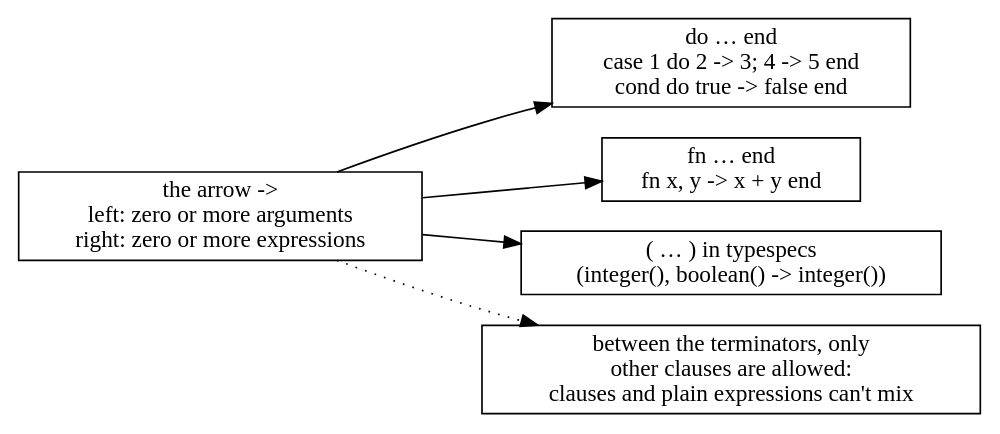
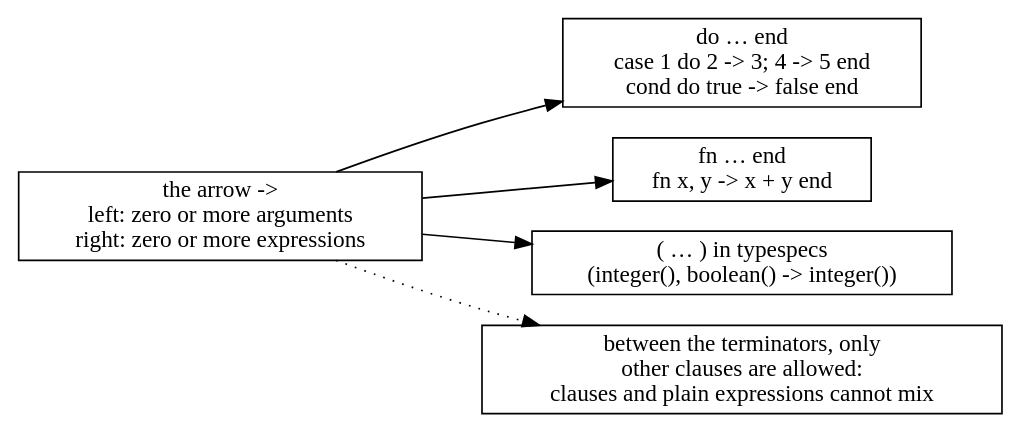
One commit to danceinthefake/visualixir changed the diagram in docs/diagrams/syntax-reference/arrow.dot. Above: the diagram before and after it, drawn with Graphviz. The commit also changed 59 other files, not shown here.

First line of the commit message:
Apply ASD-STE100 to interface text and diagram labels

```diff
--- a/docs/diagrams/syntax-reference/arrow.dot
+++ b/docs/diagrams/syntax-reference/arrow.dot
@@ -1,13 +1,13 @@
 digraph arrow {
   rankdir=LR
   node [shape=box]
   hub [label="the arrow ->\nleft: zero or more arguments\nright: zero or more expressions" class=hl]
   a [label="do … end\ncase 1 do 2 -> 3; 4 -> 5 end\ncond do true -> false end"]
   b [label="fn … end\nfn x, y -> x + y end"]
   c [label="( … ) in typespecs\n(integer(), boolean() -> integer())"]
-  note [label="between the terminators, only\nother clauses are allowed:\nclauses and plain expressions can't mix" class=dim]
+  note [label="between the terminators, only\nother clauses are allowed:\nclauses and plain expressions cannot mix" class=dim]
   hub -> a
   hub -> b
   hub -> c
   hub -> note [style=dotted class=dim]
 }
```
